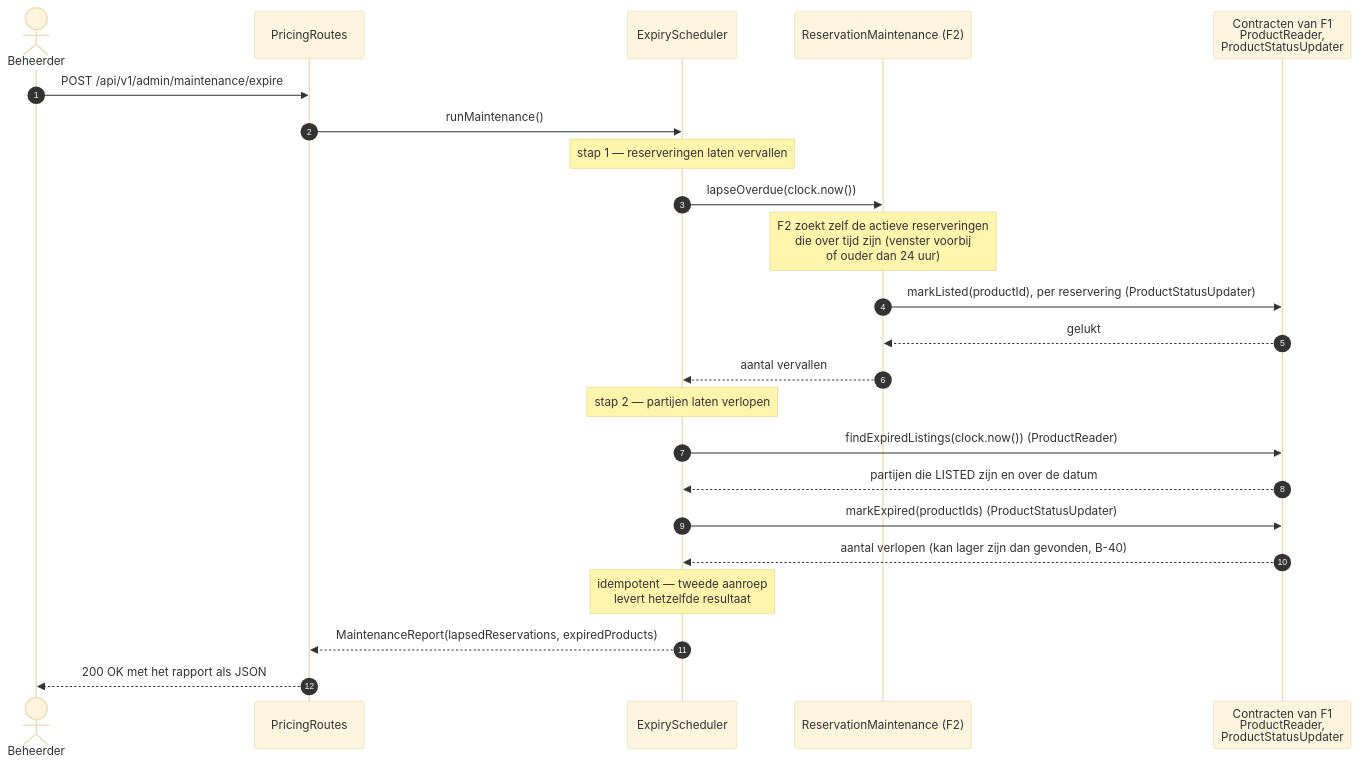
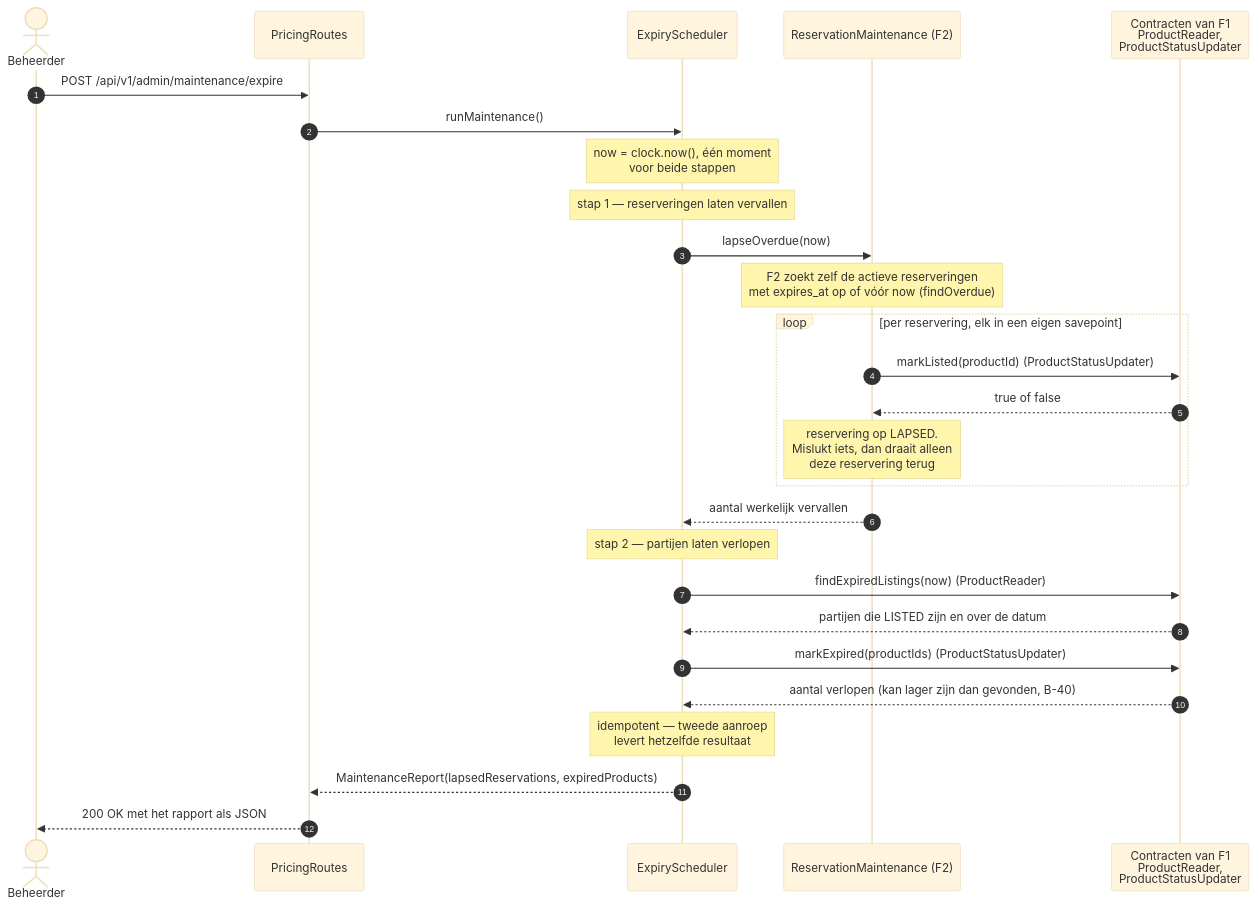
One commit to renee77/restpartijen-api changed the ninth of 15 diagrams in docs/FTD-restpartijen-webapi-v3_0.md. Above: the diagram before and after it, drawn with Mermaid (base theme). The commit also changed other lines of this file, not shown here.

````diff
--- a/docs/FTD-restpartijen-webapi-v3_0.md
+++ b/docs/FTD-restpartijen-webapi-v3_0.md
@@ -1100,29 +1126,33 @@
 ```mermaid
 sequenceDiagram
     autonumber
     actor A as Beheerder
     participant AR as PricingRoutes
     participant ES as ExpiryScheduler
     participant RM as ReservationMaintenance (F2)
     participant F1 as Contracten van F1<br/>ProductReader,<br/>ProductStatusUpdater
 
     A->>AR: POST /api/v1/admin/maintenance/expire
     AR->>ES: runMaintenance()
+    Note over ES: now = clock.now(), één moment<br/>voor beide stappen
 
     Note over ES: stap 1 — reserveringen laten vervallen
-    ES->>RM: lapseOverdue(clock.now())
-    Note over RM: F2 zoekt zelf de actieve reserveringen<br/>die over tijd zijn (venster voorbij<br/>of ouder dan 24 uur)
-    RM->>F1: markListed(productId), per reservering (ProductStatusUpdater)
-    F1-->>RM: gelukt
-    RM-->>ES: aantal vervallen
+    ES->>RM: lapseOverdue(now)
+    Note over RM: F2 zoekt zelf de actieve reserveringen<br/>met expires_at op of vóór now (findOverdue)
+    loop per reservering, elk in een eigen savepoint
+        RM->>F1: markListed(productId) (ProductStatusUpdater)
+        F1-->>RM: true of false
+        Note over RM: reservering op LAPSED.<br/>Mislukt iets, dan draait alleen<br/>deze reservering terug
+    end
+    RM-->>ES: aantal werkelijk vervallen
 
     Note over ES: stap 2 — partijen laten verlopen
-    ES->>F1: findExpiredListings(clock.now()) (ProductReader)
+    ES->>F1: findExpiredListings(now) (ProductReader)
     F1-->>ES: partijen die LISTED zijn en over de datum
     ES->>F1: markExpired(productIds) (ProductStatusUpdater)
     F1-->>ES: aantal verlopen (kan lager zijn dan gevonden, B-40)
 
     Note over ES: idempotent — tweede aanroep<br/>levert hetzelfde resultaat
     ES-->>AR: MaintenanceReport(lapsedReservations, expiredProducts)
     AR-->>A: 200 OK met het rapport als JSON
 ```
````
